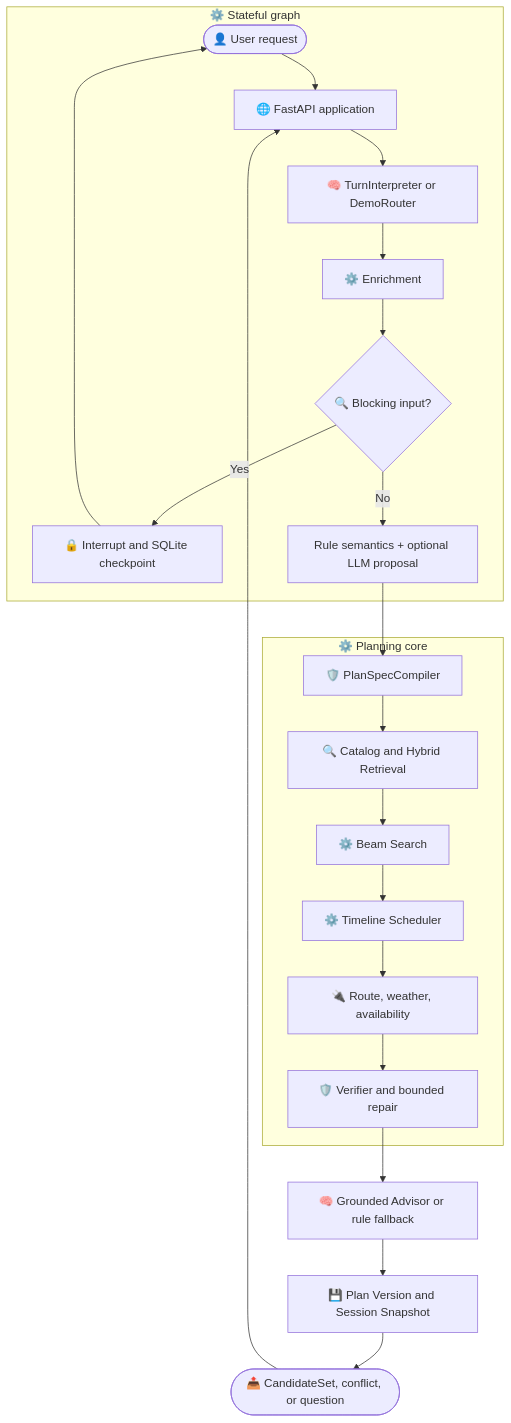
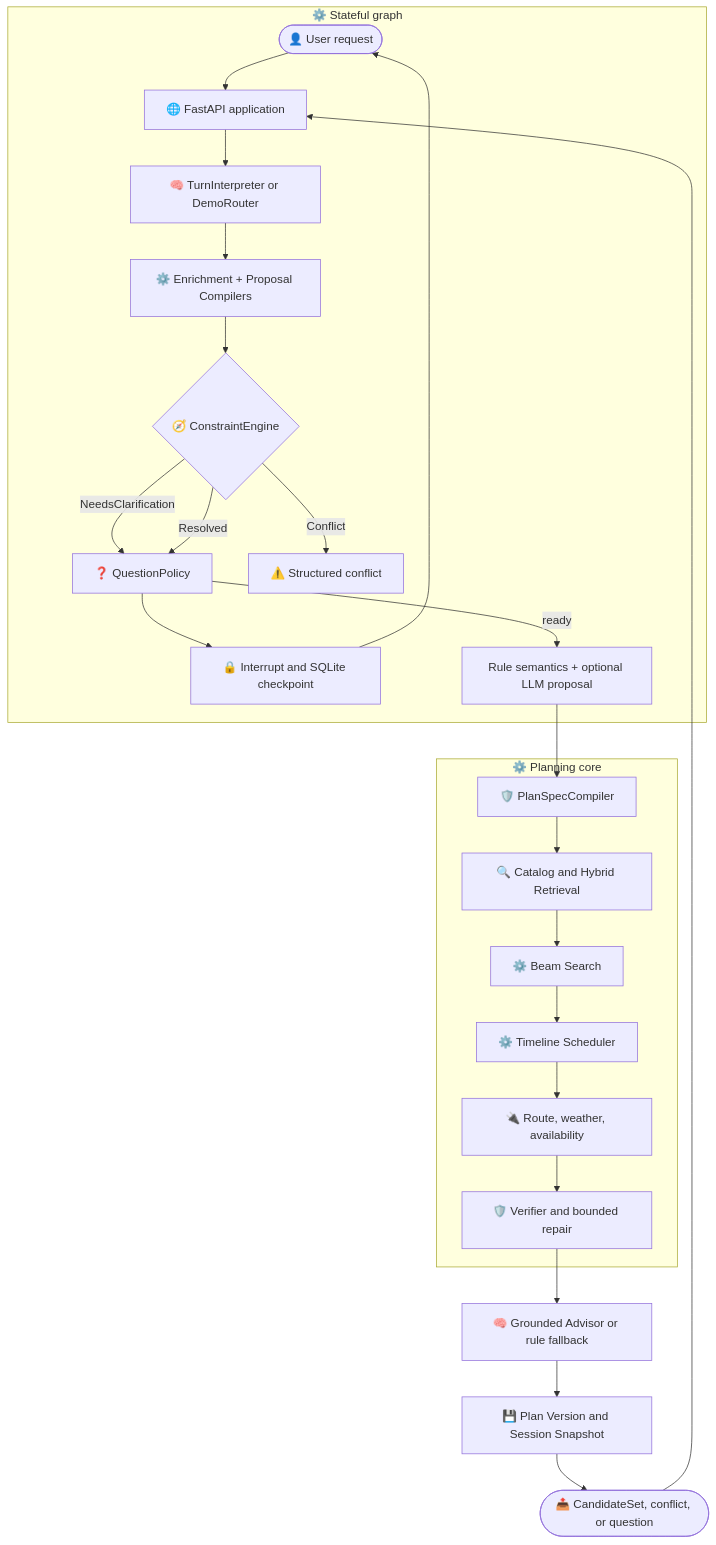
Before and after one commit to Weekend-Agent-Studio/happyFreeTime: the diagram in docs/current/resume_v2_architecture.md, drawn with Mermaid. The commit also changed other lines of this file and 36 other files, not shown here.

````diff
--- a/docs/current/resume_v2_architecture.md
+++ b/docs/current/resume_v2_architecture.md
@@ -31,30 +32,33 @@
 ```mermaid
 flowchart TB
     accTitle: Resume V2 Runtime Architecture
     accDescr: The current implementation separates natural language interpretation, deterministic planning, external fact verification, grounded presentation, and durable session state.
 
     input([👤 User request]) --> api[🌐 FastAPI application]
 
     subgraph graph_control["⚙️ Stateful graph"]
         api --> turn[🧠 TurnInterpreter or DemoRouter]
-        turn --> enrich[⚙️ Enrichment]
-        enrich --> gate{🔍 Blocking input?}
-        gate -->|Yes| pause[🔒 Interrupt and SQLite checkpoint]
+        turn --> compile[⚙️ Enrichment + Proposal Compilers]
+        compile --> engine{🧭 ConstraintEngine}
+        engine -->|NeedsClarification| policy[❓ QuestionPolicy]
+        policy --> pause[🔒 Interrupt and SQLite checkpoint]
         pause --> input
-        gate -->|No| intent[🧠 PlanningIntent adapter]
+        engine -->|Resolved| policy
+        policy -->|ready| intent[🧠 PlanningIntent adapter]
+        engine -->|Conflict| conflict[⚠️ Structured conflict]
     end
 
     subgraph planning_core["⚙️ Planning core"]
         intent[Rule semantics + optional LLM proposal] --> spec[🛡️ PlanSpecCompiler]
         spec --> retrieve[🔍 Catalog and Hybrid Retrieval]
         retrieve --> search[⚙️ Beam Search]
         search --> schedule[⚙️ Timeline Scheduler]
         schedule --> facts[🔌 Route, weather, availability]
         facts --> verify[🛡️ Verifier and bounded repair]
     end
 
     verify --> advice[🧠 Grounded Advisor or rule fallback]
     advice --> state[💾 Plan Version and Session Snapshot]
     state --> output([📤 CandidateSet, conflict, or question])
     output --> api
 ```
````
